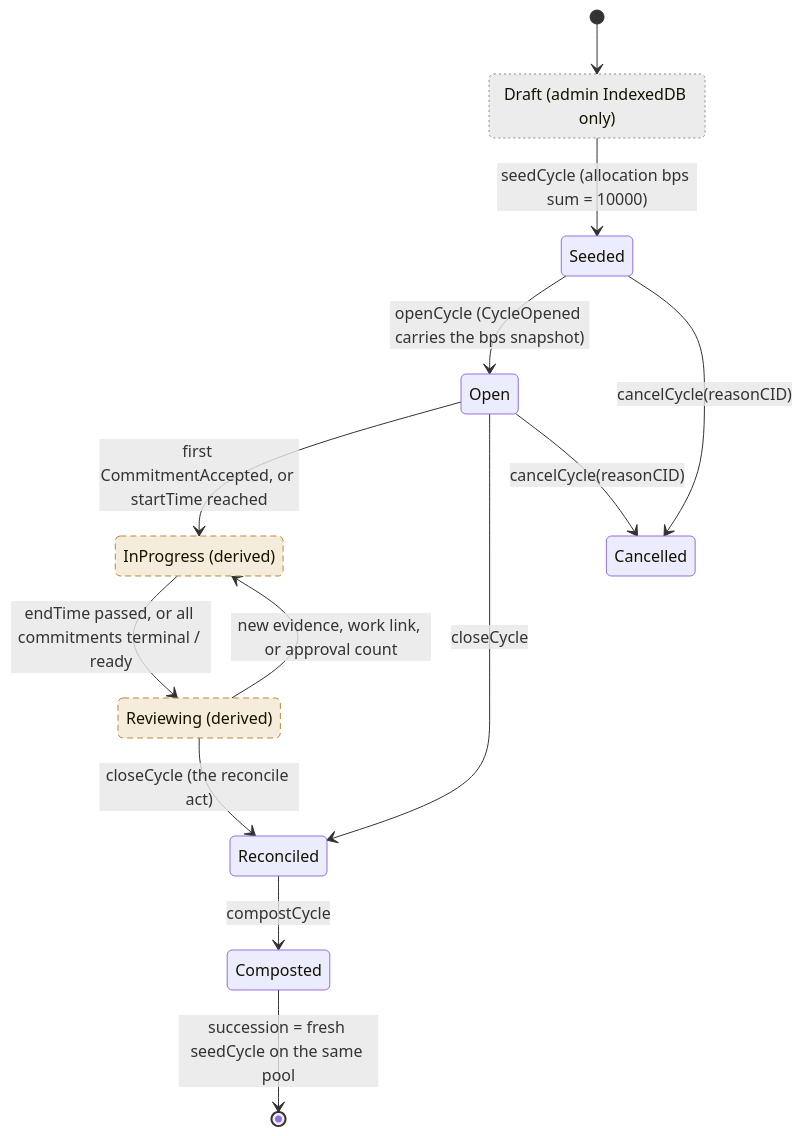
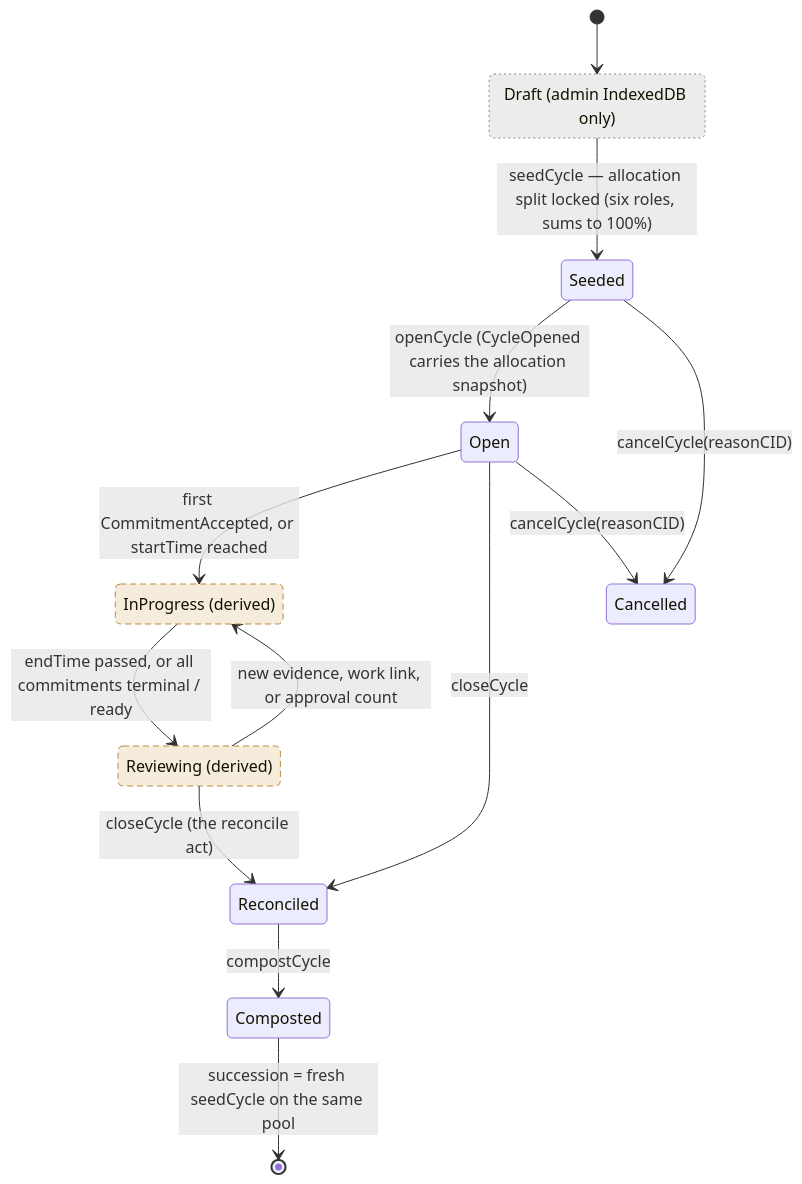
Before and after one commit to greenpill-dev-guild/green-goods: the sixth of 18 diagrams in .plans/active/commitment-pooling/diagrams.md, drawn with Mermaid. The commit also changed other lines of this file and 20 other files, not shown here.

````diff
--- a/.plans/active/commitment-pooling/diagrams.md
+++ b/.plans/active/commitment-pooling/diagrams.md
@@ -280,26 +321,26 @@
 ```mermaid
 stateDiagram-v2
   classDef derived fill:#f6ecdc,stroke:#b98a3e,stroke-dasharray: 6 4
   classDef appOnly fill:#ececec,stroke:#8a8a8a,stroke-dasharray: 2 3
 
   Draft: Draft (admin IndexedDB only)
   InProgress: InProgress (derived)
   Reviewing: Reviewing (derived)
 
   [*] --> Draft
-  Draft --> Seeded : seedCycle (allocation bps sum = 10000)
-  Seeded --> Open : openCycle (CycleOpened carries the bps snapshot)
+  Draft --> Seeded : seedCycle — allocation split locked (six roles, sums to 100%)
+  Seeded --> Open : openCycle (CycleOpened carries the allocation snapshot)
   Open --> InProgress : first CommitmentAccepted, or startTime reached
   InProgress --> Reviewing : endTime passed, or all commitments terminal / ready
   Reviewing --> InProgress : new evidence, work link, or approval count
   Reviewing --> Reconciled : closeCycle (the reconcile act)
   Open --> Reconciled : closeCycle
   Reconciled --> Composted : compostCycle
   Seeded --> Cancelled : cancelCycle(reasonCID)
   Open --> Cancelled : cancelCycle(reasonCID)
   Composted --> [*] : succession = fresh seedCycle on the same pool
 
   class InProgress derived
   class Reviewing derived
   class Draft appOnly
 ```
````
